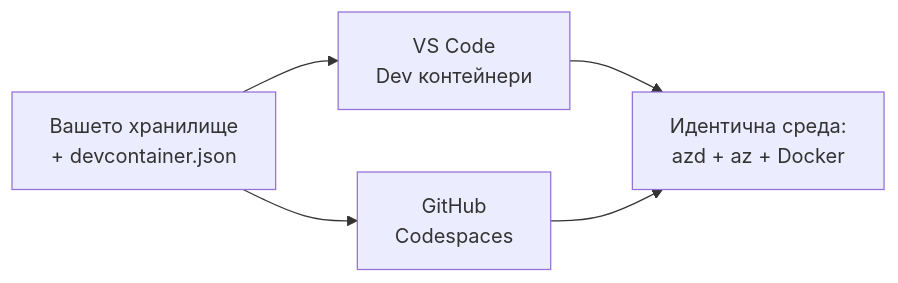
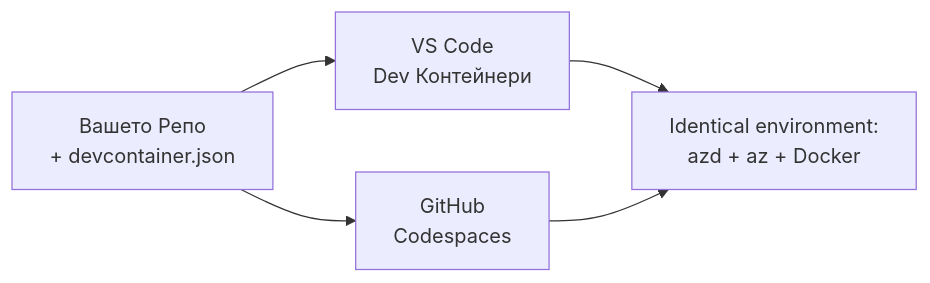
One commit to microsoft/AZD-for-beginners changed the diagram in translations/bg/docs/chapter-01-foundation/dev-containers.md. Above: the diagram before and after it, drawn with Mermaid. The commit also changed other lines of this file and 59 other files, not shown here.

````diff
--- a/translations/bg/docs/chapter-01-foundation/dev-containers.md
+++ b/translations/bg/docs/chapter-01-foundation/dev-containers.md
@@ -41,7 +41,7 @@
 ```mermaid
 graph LR
-    Repo[Вашето хранилище<br/>+ devcontainer.json] --> VSCode[VS Code<br/>Dev контейнери]
+    Repo[Вашето Репо<br/>+ devcontainer.json] --> VSCode[VS Code<br/>Dev Контейнери]
     Repo --> Codespaces[GitHub<br/>Codespaces]
-    VSCode --> Env[Идентична среда:<br/>azd + az + Docker]
+    VSCode --> Env[Identical environment:<br/>azd + az + Docker]
     Codespaces --> Env
 ```
````
